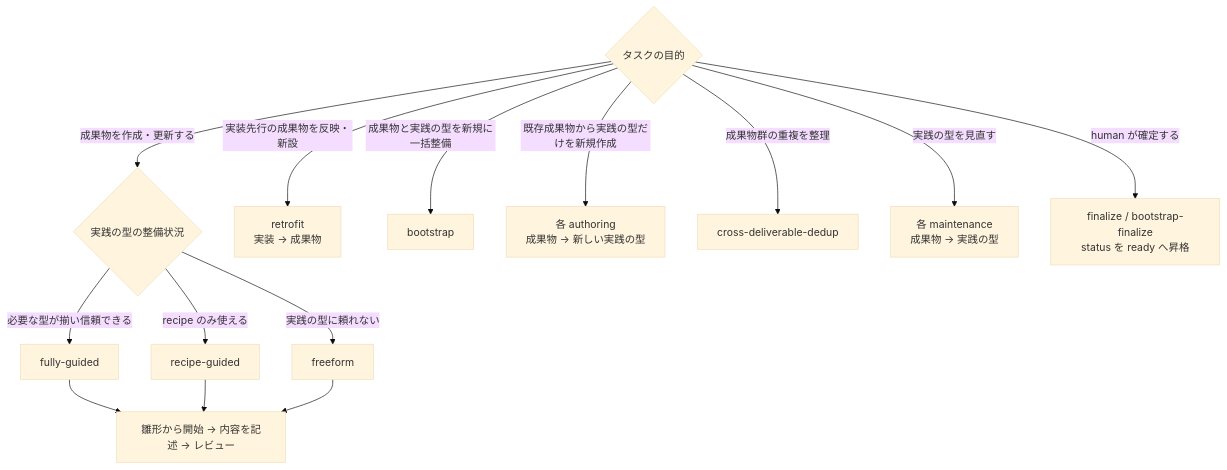
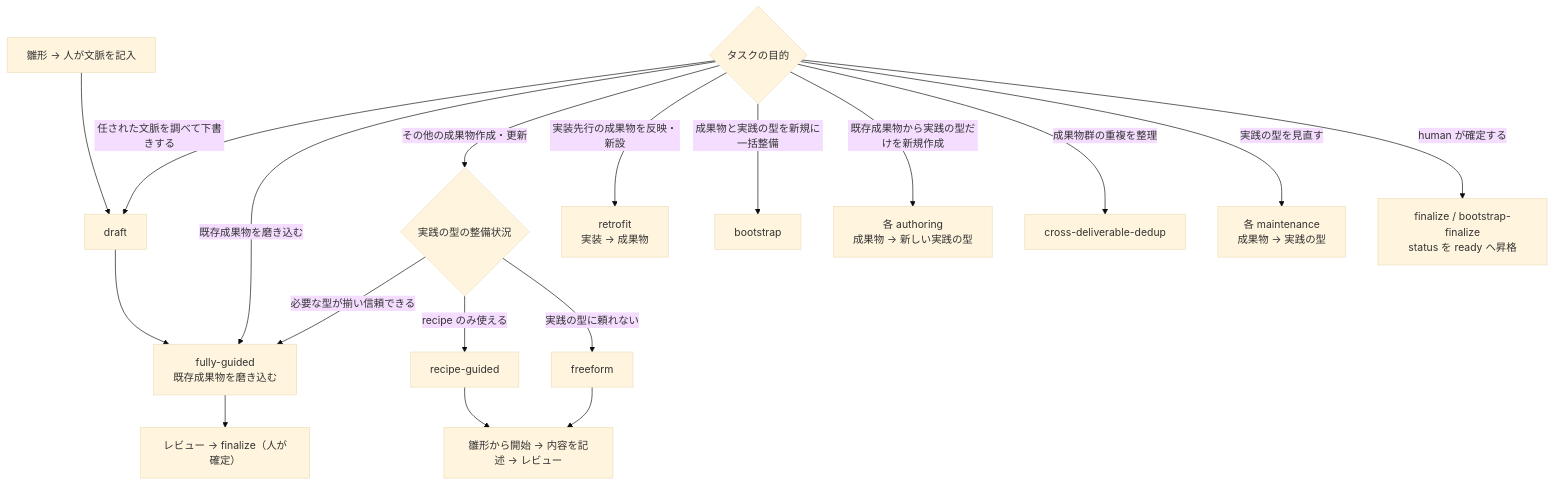
The first of 5 diagrams in docs/ja/specdojo/guides/ryu-guide.md (specdojo/specdojo), drawn with Mermaid (base theme) before and after one commit. The commit also changed other lines of this file and 26 other files, not shown here.

Commit message:
exec(register PJR-3MY5): draft approach を設け、fully-guided を磨き込み専用・宣言された参照に改める

````diff
--- a/docs/ja/specdojo/guides/ryu-guide.md
+++ b/docs/ja/specdojo/guides/ryu-guide.md
@@ -47,17 +47,21 @@
 ```mermaid
 flowchart TD
   P{"タスクの目的"}
-  P -->|"成果物を作成・更新する"| M{"実践の型の整備状況"}
-  M -->|"必要な型が揃い信頼できる"| FG["fully-guided"]
+  P -->|"任された文脈を調べて下書きする"| DR["draft"]
+  SC["雛形 → 人が文脈を記入"] --> DR
+  DR --> FG["fully-guided<br/>既存成果物を磨き込む"]
+  P -->|"既存成果物を磨き込む"| FG
+  P -->|"その他の成果物作成・更新"| M{"実践の型の整備状況"}
+  M -->|"必要な型が揃い信頼できる"| FG
   M -->|"recipe のみ使える"| RG["recipe-guided"]
   M -->|"実践の型に頼れない"| FF["freeform"]
-  FG --> W["雛形から開始 → 内容を記述 → レビュー"]
-  RG --> W
+  FG --> RV["レビュー → finalize（人が確定）"]
+  RG --> W["雛形から開始 → 内容を記述 → レビュー"]
   FF --> W
   P -->|"実装先行の成果物を反映・新設"| RF["retrofit<br/>実装 → 成果物"]
   P -->|"成果物と実践の型を新規に一括整備"| BS["bootstrap"]
   P -->|"既存成果物から実践の型だけを新規作成"| AU["各 authoring<br/>成果物 → 新しい実践の型"]
   P -->|"成果物群の重複を整理"| DD["cross-deliverable-dedup"]
   P -->|"実践の型を見直す"| MT["各 maintenance<br/>成果物 → 実践の型"]
   P -->|"human が確定する"| FIN["finalize / bootstrap-finalize<br/>status を ready へ昇格"]
 ```
````
